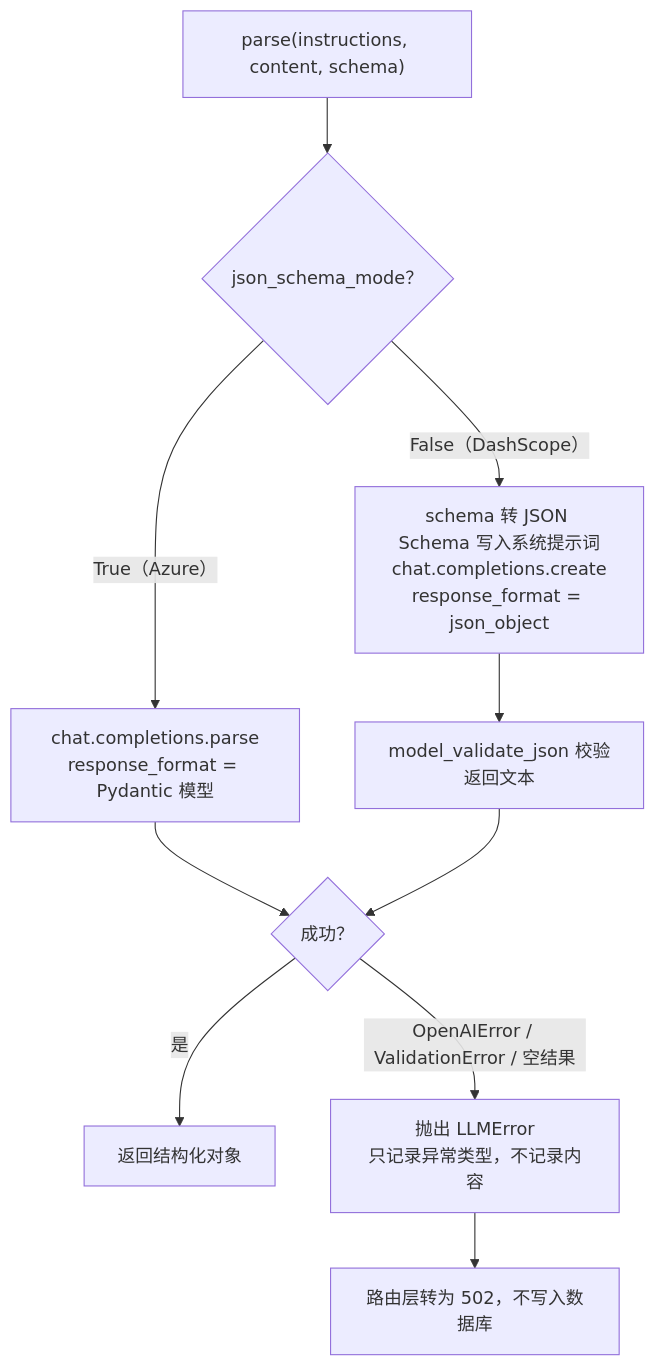
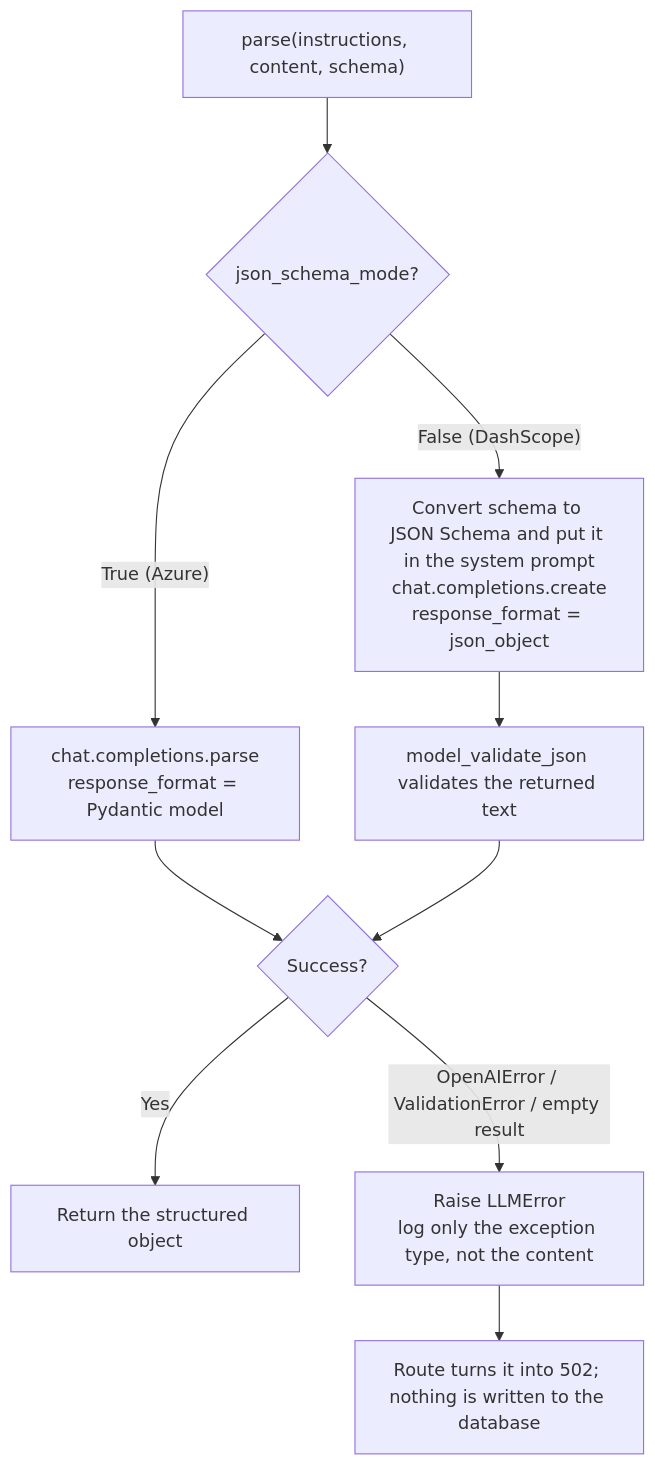
One commit to TuringChicken/JobPilot changed the third of 7 diagrams in docs/BACKEND.md. Above: the diagram before and after it, drawn with Mermaid. The commit also changed other lines of this file and 3 other files, not shown here.

````diff
--- a/docs/BACKEND.md
+++ b/docs/BACKEND.md
@@ -76,12 +76,12 @@
 ```mermaid
 flowchart TD
-    A["parse(instructions, content, schema)"] --> B{"json_schema_mode？"}
-    B -->|"True（Azure）"| C["chat.completions.parse<br/>response_format = Pydantic 模型"]
-    B -->|"False（DashScope）"| D["schema 转 JSON Schema 写入系统提示词<br/>chat.completions.create<br/>response_format = json_object"]
-    D --> E["model_validate_json 校验返回文本"]
-    C --> F{"成功？"}
+    A["parse(instructions, content, schema)"] --> B{"json_schema_mode?"}
+    B -->|"True (Azure)"| C["chat.completions.parse<br/>response_format = Pydantic model"]
+    B -->|"False (DashScope)"| D["Convert schema to JSON Schema and put it in the system prompt<br/>chat.completions.create<br/>response_format = json_object"]
+    D --> E["model_validate_json validates the returned text"]
+    C --> F{"Success?"}
     E --> F
-    F -->|"是"| G["返回结构化对象"]
-    F -->|"OpenAIError / ValidationError / 空结果"| H["抛出 LLMError<br/>只记录异常类型，不记录内容"]
-    H --> I["路由层转为 502，不写入数据库"]
+    F -->|"Yes"| G["Return the structured object"]
+    F -->|"OpenAIError / ValidationError / empty result"| H["Raise LLMError<br/>log only the exception type, not the content"]
+    H --> I["Route turns it into 502; nothing is written to the database"]
 ```
````
